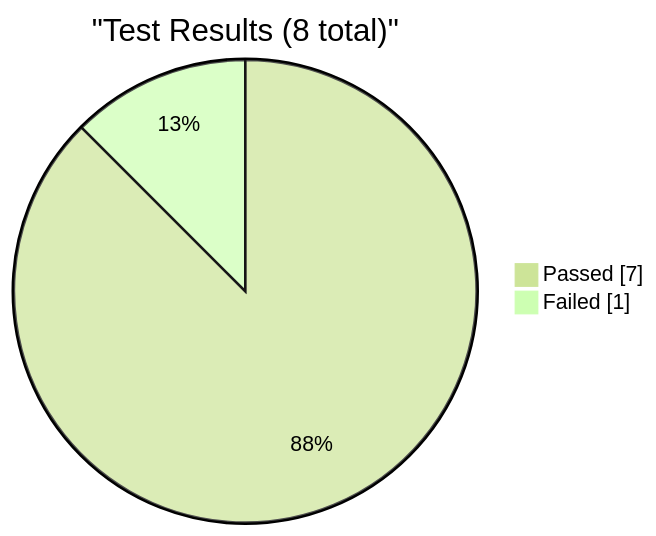
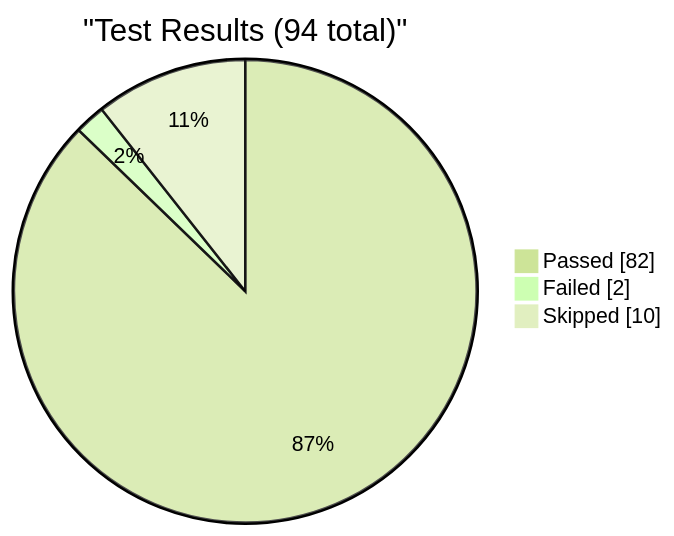
Before and after one commit to EliteaAI/onetest-ai-tm-Elitea: the first of 3 diagrams in reports/dashboard.md, drawn with Mermaid (forest theme). The commit also changed other lines of this file, not shown here.

Commit message:
dashboard: update test metrics

````diff
--- a/reports/dashboard.md
+++ b/reports/dashboard.md
@@ -9,6 +9,7 @@
 ```mermaid
 pie showData
-    title "Test Results (8 total)"
-    "Passed" : 7
-    "Failed" : 1
+    title "Test Results (94 total)"
+    "Passed" : 82
+    "Failed" : 2
+    "Skipped" : 10
 ```
````
